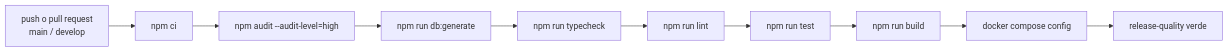
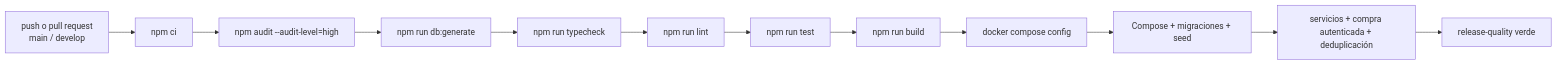
Before and after one commit to HectorARiascosI/mileshop-platform: the tenth of 10 diagrams in docs/wiki/architecture-overview.md, drawn with Mermaid. The commit also changed other lines of this file and 3 other files, not shown here.

````diff
--- a/docs/wiki/architecture-overview.md
+++ b/docs/wiki/architecture-overview.md
@@ -295,12 +295,14 @@
 ```mermaid
 flowchart LR
     Change[push o pull request\nmain / develop] --> Install[npm ci]
     Install --> Audit[npm audit --audit-level=high]
     Audit --> Generate[npm run db:generate]
     Generate --> Typecheck[npm run typecheck]
     Typecheck --> Lint[npm run lint]
     Lint --> Test[npm run test]
     Test --> Build[npm run build]
     Build --> Compose[docker compose config]
-    Compose --> Green[release-quality verde]
+    Compose --> Stack[Compose + migraciones + seed]
+    Stack --> Smoke[servicios + compra autenticada + deduplicación]
+    Smoke --> Green[release-quality verde]
 ```
````
